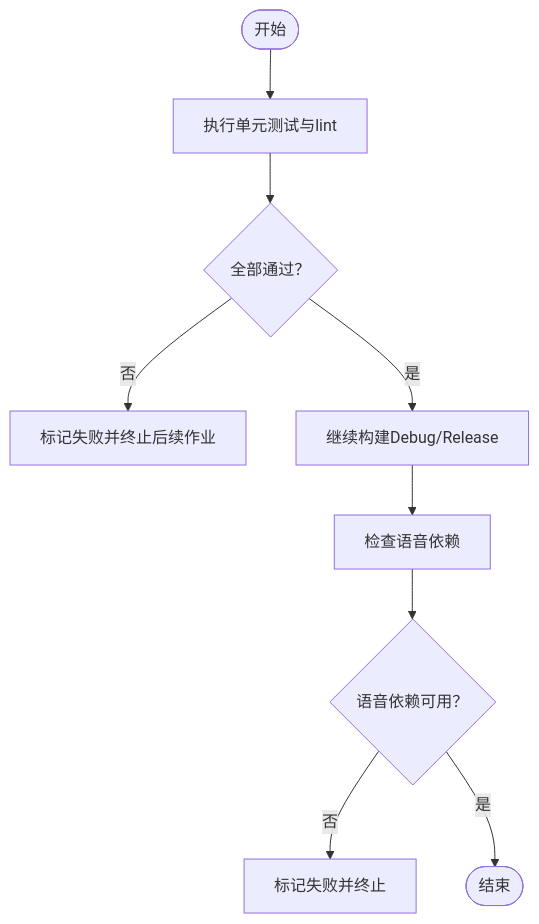
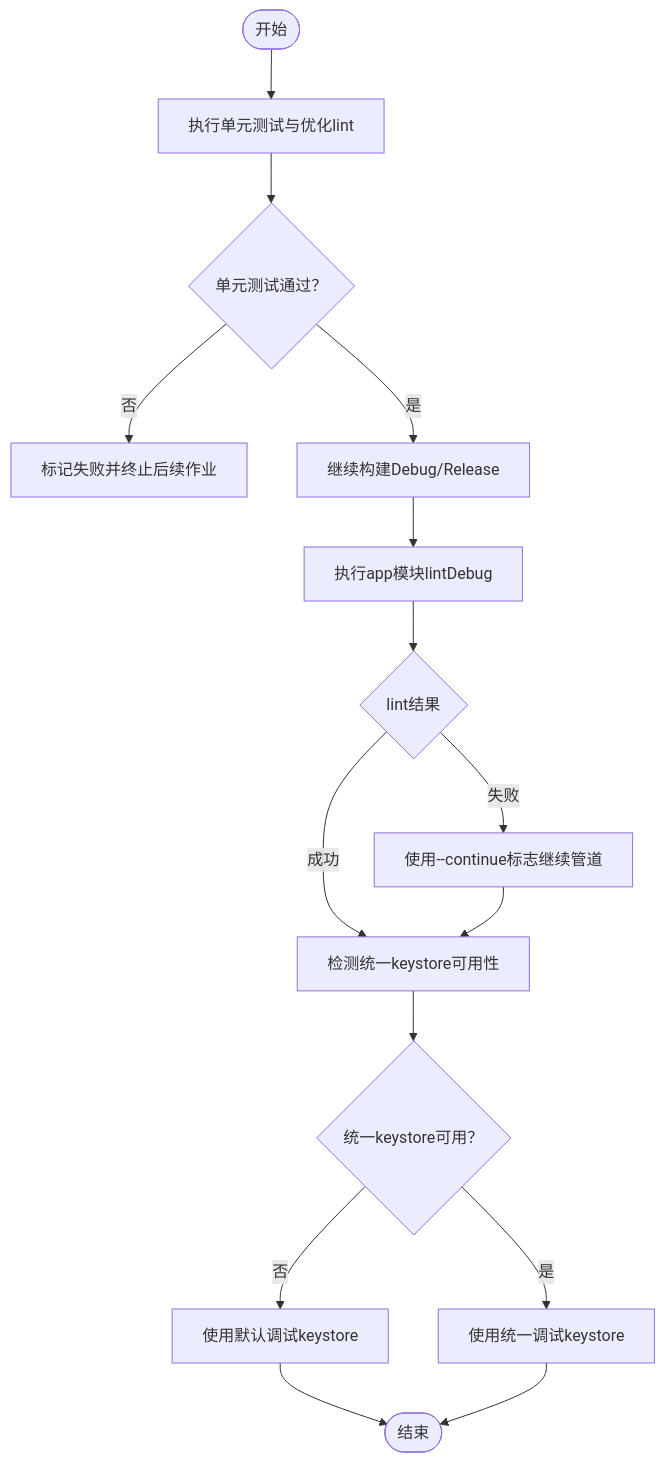
Before and after one commit to guuyn/OpenClaw-Android: the third of 5 diagrams in .qoder/repowiki/zh/content/构建与部署/CI_CD流水线.md, drawn with Mermaid. The commit also changed other lines of this file and 5 other files, not shown here.

````diff
--- a/.qoder/repowiki/zh/content/构建与部署/CI_CD流水线.md
+++ b/.qoder/repowiki/zh/content/构建与部署/CI_CD流水线.md
@@ -181,11 +201,17 @@
 ```mermaid
 flowchart TD
-START(["开始"]) --> CHECK["执行单元测试与lint"]
-CHECK --> PASS{"全部通过？"}
+START(["开始"]) --> CHECK["执行单元测试与优化lint"]
+CHECK --> PASS{"单元测试通过？"}
 PASS --> |否| FAIL["标记失败并终止后续作业"]
 PASS --> |是| CONTINUE["继续构建Debug/Release"]
-CONTINUE --> VOICE_CHECK["检查语音依赖"]
-VOICE_CHECK --> VOICE_PASS{"语音依赖可用？"}
-VOICE_PASS --> |否| FAIL_VOICE["标记失败并终止"]
-VOICE_PASS --> |是| END(["结束"])
+CONTINUE --> LINT_CHECK["执行app模块lintDebug"]
+LINT_CHECK --> LINT_RESULT{"lint结果"}
+LINT_RESULT --> |失败| CONTINUE_PIPE["使用--continue标志继续管道"]
+LINT_RESULT --> |成功| KEYSTORE_CHECK["检测统一keystore可用性"]
+CONTINUE_PIPE --> KEYSTORE_CHECK
+KEYSTORE_CHECK --> KEYSTORE_PASS{"统一keystore可用？"}
+KEYSTORE_PASS --> |否| FALLBACK["使用默认调试keystore"]
+KEYSTORE_PASS --> |是| UNIFIED["使用统一调试keystore"]
+FALLBACK --> END(["结束"])
+UNIFIED --> END
 ```
````
